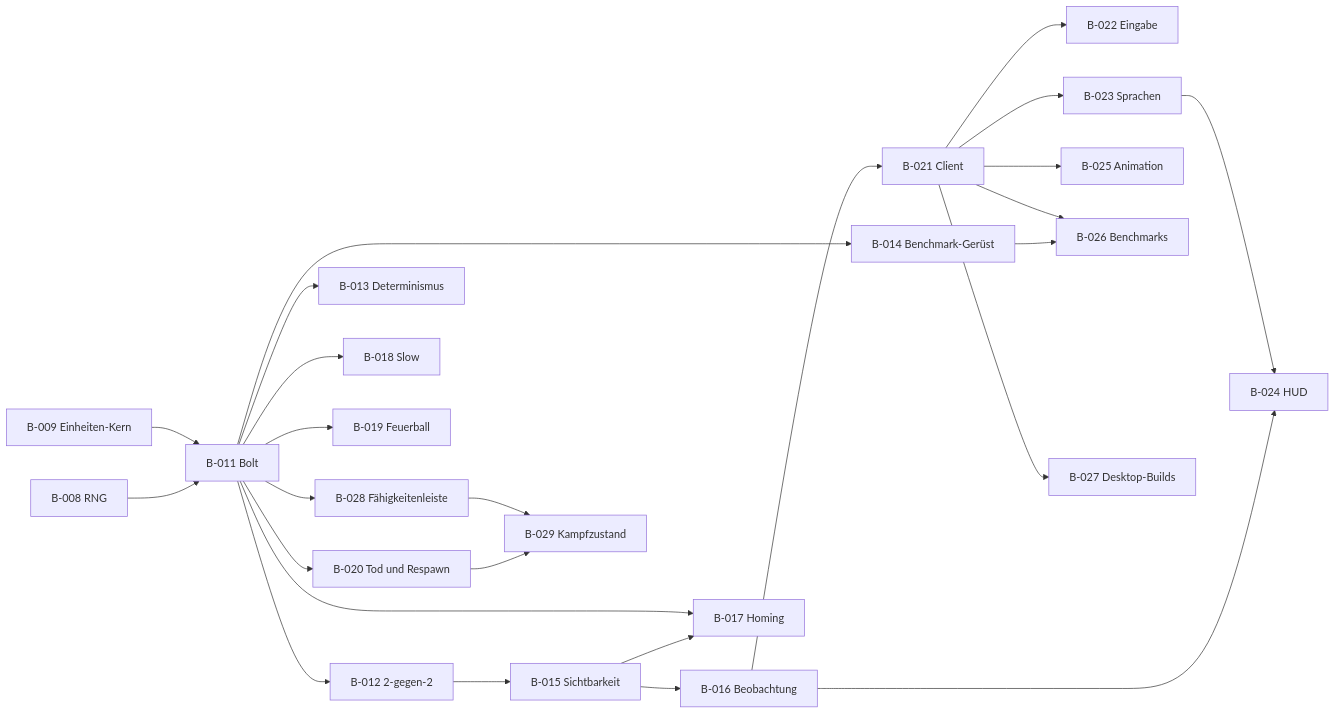
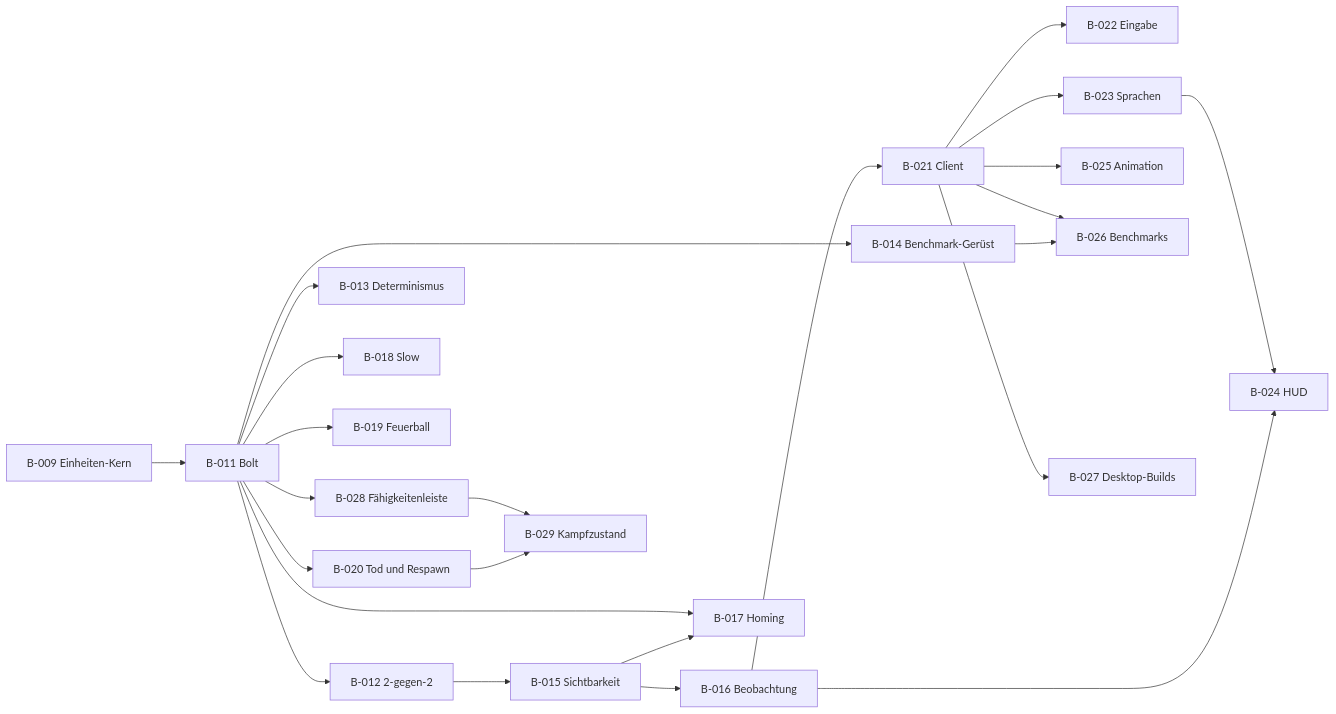
One commit to MagierSpieleSchmiede/mage-game changed the diagram in docs/backlog.md. Above: the diagram before and after it, drawn with Mermaid. The commit also changed other lines of this file and 7 other files, not shown here.

````diff
--- a/docs/backlog.md
+++ b/docs/backlog.md
@@ -72,29 +71,27 @@
 ```mermaid
 flowchart LR
-  B008["B-008 RNG"]
   B009["B-009 Einheiten-Kern"]
-  B008 --> B011["B-011 Bolt"]
-  B009 --> B011
+  B009 --> B011["B-011 Bolt"]
   B011 --> B012["B-012 2-gegen-2"]
   B011 --> B013["B-013 Determinismus"]
   B011 --> B014["B-014 Benchmark-Gerüst"]
   B012 --> B015["B-015 Sichtbarkeit"]
   B015 --> B016["B-016 Beobachtung"]
   B015 --> B017["B-017 Homing"]
   B011 --> B017
   B011 --> B018["B-018 Slow"]
   B011 --> B019["B-019 Feuerball"]
   B011 --> B020["B-020 Tod und Respawn"]
   B011 --> B028["B-028 Fähigkeitenleiste"]
   B020 --> B029["B-029 Kampfzustand"]
   B028 --> B029
   B016 --> B021["B-021 Client"]
   B021 --> B022["B-022 Eingabe"]
   B021 --> B023["B-023 Sprachen"]
   B016 --> B024["B-024 HUD"]
   B023 --> B024
   B021 --> B025["B-025 Animation"]
   B014 --> B026["B-026 Benchmarks"]
   B021 --> B026
   B021 --> B027["B-027 Desktop-Builds"]
 ```
````
